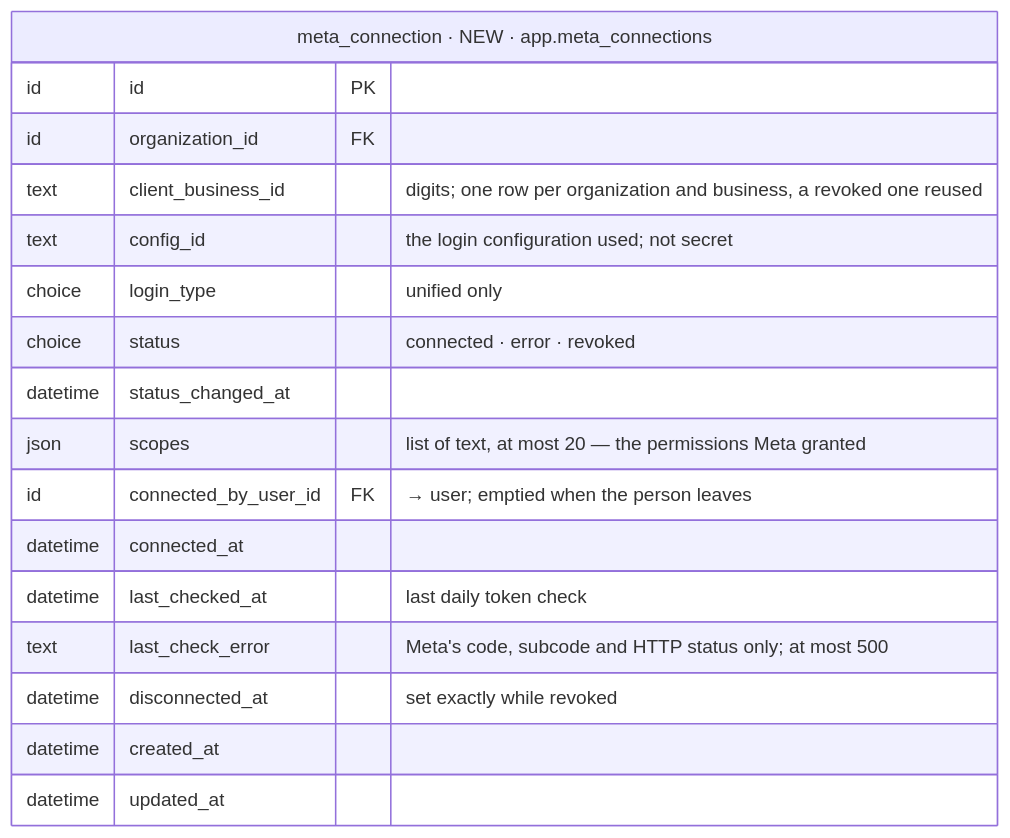
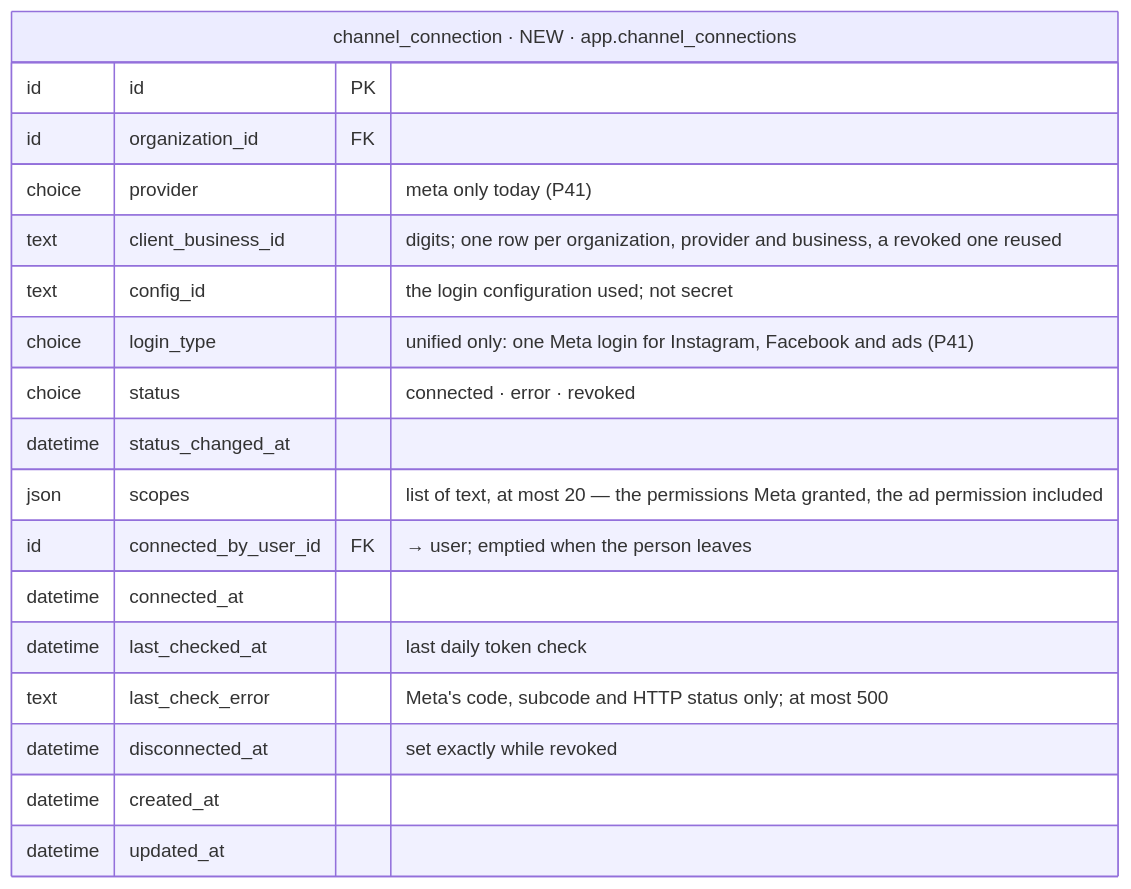
One commit to albetrios/meepzo-be changed the second of 40 diagrams in iterations/feat-instagram-dm-sending-2026-11-23-oxak/plans/db-changes.md. Above: the diagram before and after it, drawn with Mermaid. The commit also changed other lines of this file and 3 other files, not shown here.

````diff
--- a/iterations/feat-instagram-dm-sending-2026-11-23-oxak/plans/db-changes.md
+++ b/iterations/feat-instagram-dm-sending-2026-11-23-oxak/plans/db-changes.md
@@ -206,20 +238,21 @@
 ```mermaid
 erDiagram
-  meta_connection["meta_connection · NEW · app.meta_connections"] {
+  channel_connection["channel_connection · NEW · app.channel_connections"] {
     id id PK
     id organization_id FK
-    text client_business_id "digits; one row per organization and business, a revoked one reused"
+    choice provider "meta only today (P41)"
+    text client_business_id "digits; one row per organization, provider and business, a revoked one reused"
     text config_id "the login configuration used; not secret"
-    choice login_type "unified only"
+    choice login_type "unified only: one Meta login for Instagram, Facebook and ads (P41)"
     choice status "connected · error · revoked"
     datetime status_changed_at
-    json scopes "list of text, at most 20 — the permissions Meta granted"
+    json scopes "list of text, at most 20 — the permissions Meta granted, the ad permission included"
     id connected_by_user_id FK "→ user; emptied when the person leaves"
     datetime connected_at
     datetime last_checked_at "last daily token check"
     text last_check_error "Meta's code, subcode and HTTP status only; at most 500"
     datetime disconnected_at "set exactly while revoked"
     datetime created_at
     datetime updated_at
   }
 ```
````
